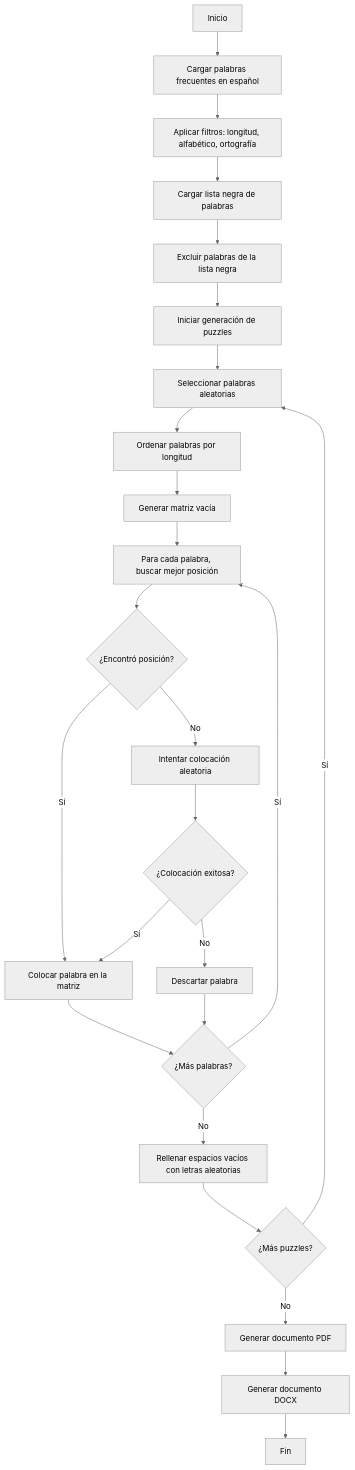
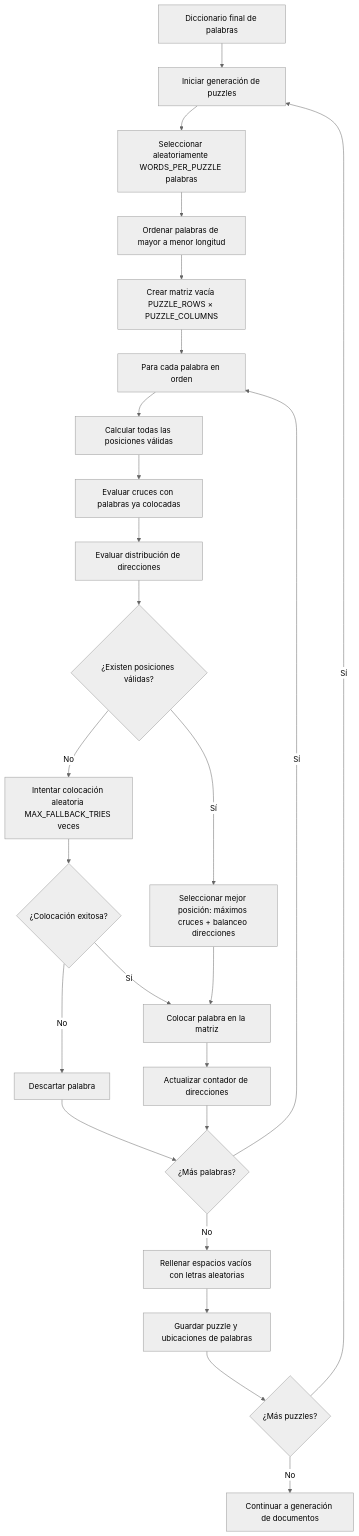
The second of 4 diagrams in README.md (AlvaroRguez/GenerarSopaLetras), drawn with Mermaid (neutral theme) before and after one commit. The commit also changed other lines of this file and 3 other files, not shown here.

````diff
--- a/README.md
+++ b/README.md
@@ -118,32 +162,27 @@
 ```mermaid
-graph TD
-    A[Inicio] --> B[Cargar palabras frecuentes en español]
-    B --> C[Aplicar filtros: longitud, alfabético, ortografía]
-    C --> D[Cargar lista negra de palabras]
-    D --> E[Excluir palabras de la lista negra]
-    E --> F[Iniciar generación de puzzles]
-    
-    F --> G[Seleccionar palabras aleatorias]
-    G --> H[Ordenar palabras por longitud]
-    H --> I[Generar matriz vacía]
-    
-    I --> J[Para cada palabra, buscar mejor posición]
-    J --> K{¿Encontró posición?}
-    K -->|Sí| L[Colocar palabra en la matriz]
-    K -->|No| M[Intentar colocación aleatoria]
-    M --> N{¿Colocación exitosa?}
-    N -->|Sí| L
-    N -->|No| O[Descartar palabra]
-    
-    L --> P{¿Más palabras?}
-    O --> P
-    P -->|Sí| J
-    P -->|No| Q[Rellenar espacios vacíos con letras aleatorias]
-    
-    Q --> R{¿Más puzzles?}
-    R -->|Sí| G
-    R -->|No| S[Generar documento PDF]
-    
-    S --> T[Generar documento DOCX]
-    T --> U[Fin]
+flowchart TD
+    M[Diccionario final de palabras] --> N[Iniciar generación de puzzles]
+    N --> O[Seleccionar aleatoriamente WORDS_PER_PUZZLE palabras]
+    O --> P[Ordenar palabras de mayor a menor longitud]
+    P --> Q[Crear matriz vacía PUZZLE_ROWS × PUZZLE_COLUMNS]
+    Q --> R[Para cada palabra en orden]
+    R --> S[Calcular todas las posiciones válidas]
+    S --> T[Evaluar cruces con palabras ya colocadas]
+    T --> U[Evaluar distribución de direcciones]
+    U --> V{¿Existen posiciones válidas?}
+    V -->|Sí| W[Seleccionar mejor posición: máximos cruces + balanceo direcciones]
+    V -->|No| X[Intentar colocación aleatoria MAX_FALLBACK_TRIES veces]
+    X --> Y{¿Colocación exitosa?}
+    Y -->|No| Z[Descartar palabra]
+    Y -->|Sí| AA[Colocar palabra en la matriz]
+    W --> AA
+    AA --> BB[Actualizar contador de direcciones]
+    Z --> CC{¿Más palabras?}
+    BB --> CC
+    CC -->|Sí| R
+    CC -->|No| DD[Rellenar espacios vacíos con letras aleatorias]
+    DD --> EE[Guardar puzzle y ubicaciones de palabras]
+    EE --> FF{¿Más puzzles?}
+    FF -->|Sí| N
+    FF -->|No| GG[Continuar a generación de documentos]
 ```
````
